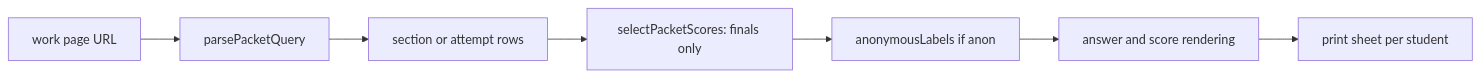
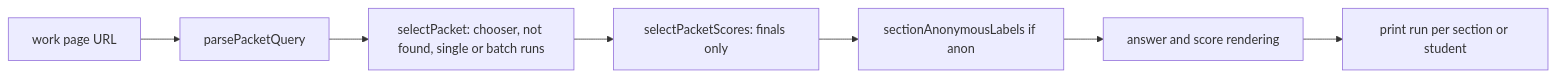
One commit to psd401/secure-test changed the diagram in openwiki/design-tool/reporting-and-packets.md. Above: the diagram before and after it, drawn with Mermaid. The commit also changed other lines of this file and 2 other files, not shown here.

````diff
--- a/openwiki/design-tool/reporting-and-packets.md
+++ b/openwiki/design-tool/reporting-and-packets.md
@@ -75,9 +79,9 @@
 ```mermaid
 flowchart LR
   URL["work page URL"] --> PQ["parsePacketQuery"]
-  PQ --> SEL["section or attempt rows"]
+  PQ --> SEL["selectPacket: chooser, not found, single or batch runs"]
   SEL --> SC["selectPacketScores: finals only"]
-  SC --> ANON["anonymousLabels if anon"]
+  SC --> ANON["sectionAnonymousLabels if anon"]
   ANON --> RENDER["answer and score rendering"]
-  RENDER --> PRINT["print sheet per student"]
+  RENDER --> PRINT["print run per section or student"]
 ```
````
